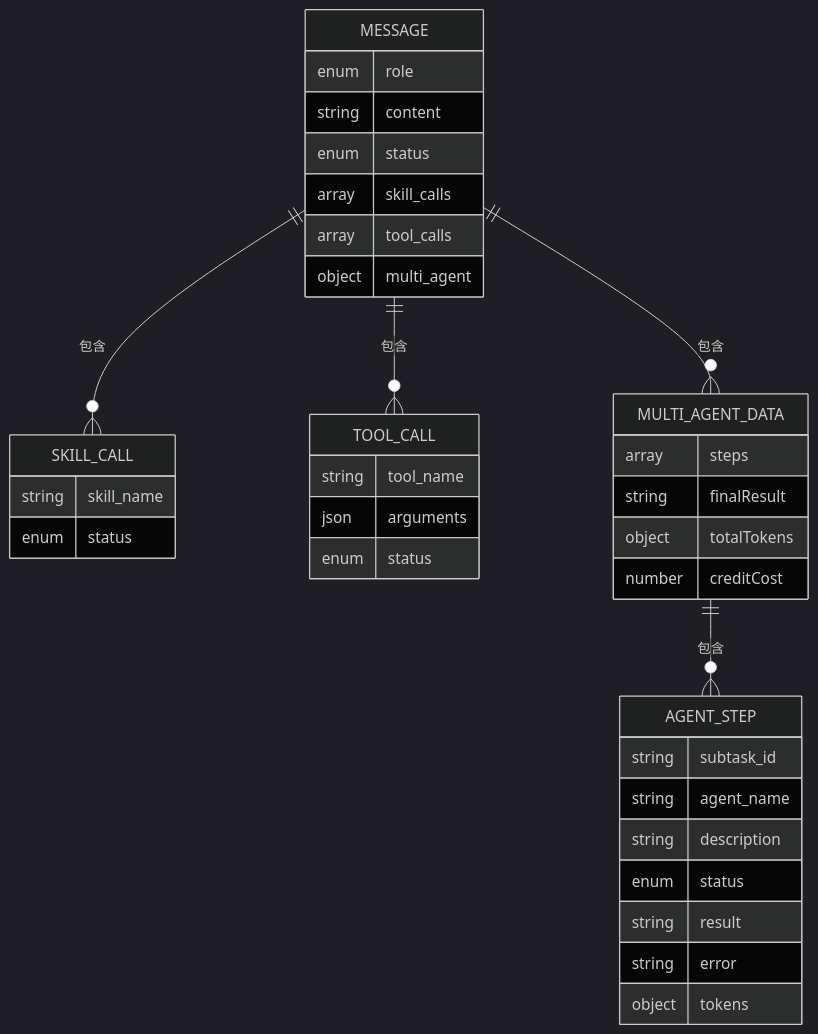
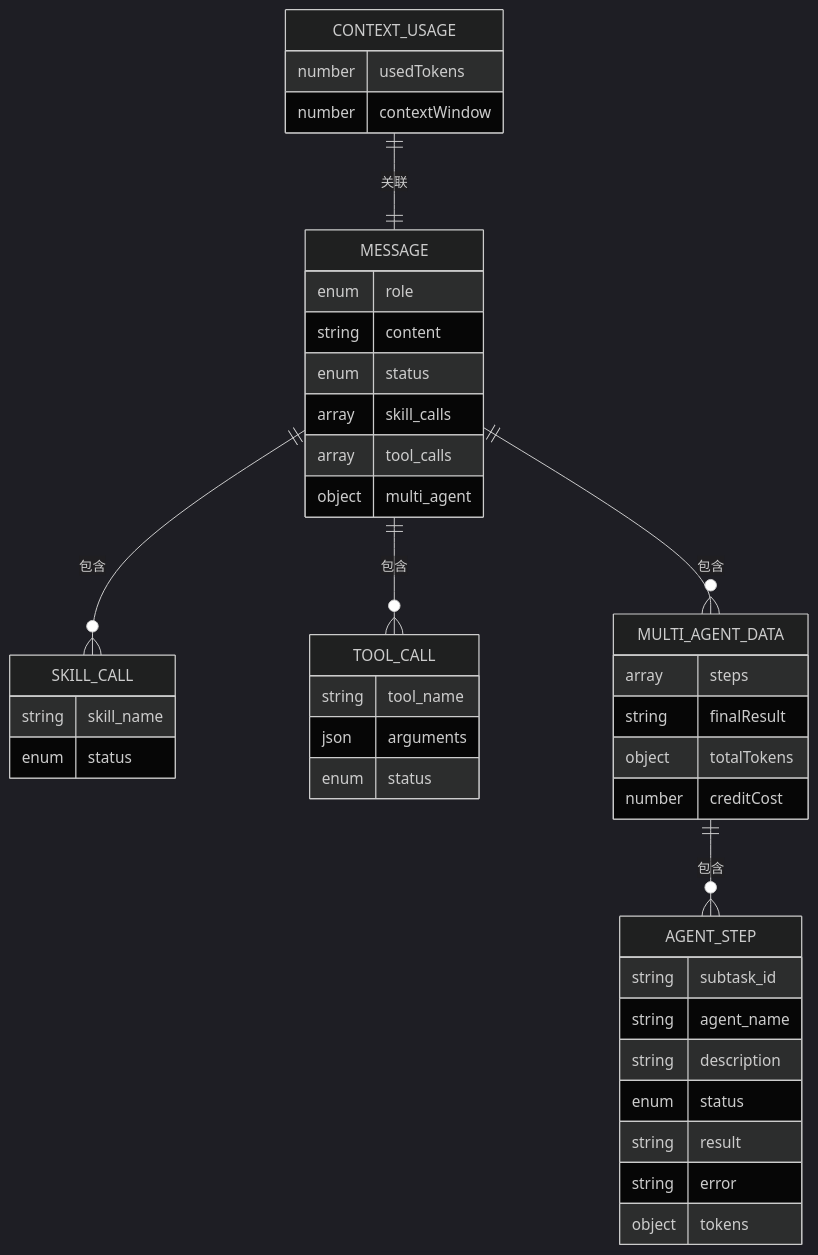
One commit to KunLabAI/KunFlix changed the ninth of 10 diagrams in .qoder/repowiki/zh/content/前端应用架构/UI组件库/画布组件系统/AI助手面板.md. Above: the diagram before and after it, drawn with Mermaid (dark theme). The commit also changed other lines of this file and 15 other files, not shown here.

````diff
--- a/.qoder/repowiki/zh/content/前端应用架构/UI组件库/画布组件系统/AI助手面板.md
+++ b/.qoder/repowiki/zh/content/前端应用架构/UI组件库/画布组件系统/AI助手面板.md
@@ -348,39 +417,44 @@
 ```mermaid
 erDiagram
 MESSAGE {
 enum role
 string content
 enum status
 array skill_calls
 array tool_calls
 object multi_agent
+}
+CONTEXT_USAGE {
+number usedTokens
+number contextWindow
 }
 SKILL_CALL {
 string skill_name
 enum status
 }
 TOOL_CALL {
 string tool_name
 json arguments
 enum status
 }
 MULTI_AGENT_DATA {
 array steps
 string finalResult
 object totalTokens
 number creditCost
 }
 AGENT_STEP {
 string subtask_id
 string agent_name
 string description
 enum status
 string result
 string error
 object tokens
 }
 MESSAGE ||--o{ SKILL_CALL : "包含"
 MESSAGE ||--o{ TOOL_CALL : "包含"
 MESSAGE ||--o{ MULTI_AGENT_DATA : "包含"
 MULTI_AGENT_DATA ||--o{ AGENT_STEP : "包含"
+CONTEXT_USAGE ||--|| MESSAGE : "关联"
 ```
````
